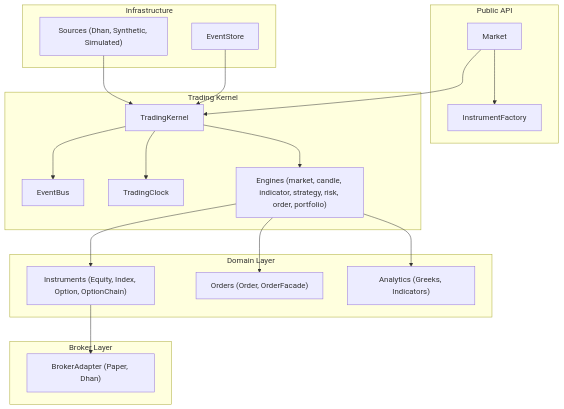
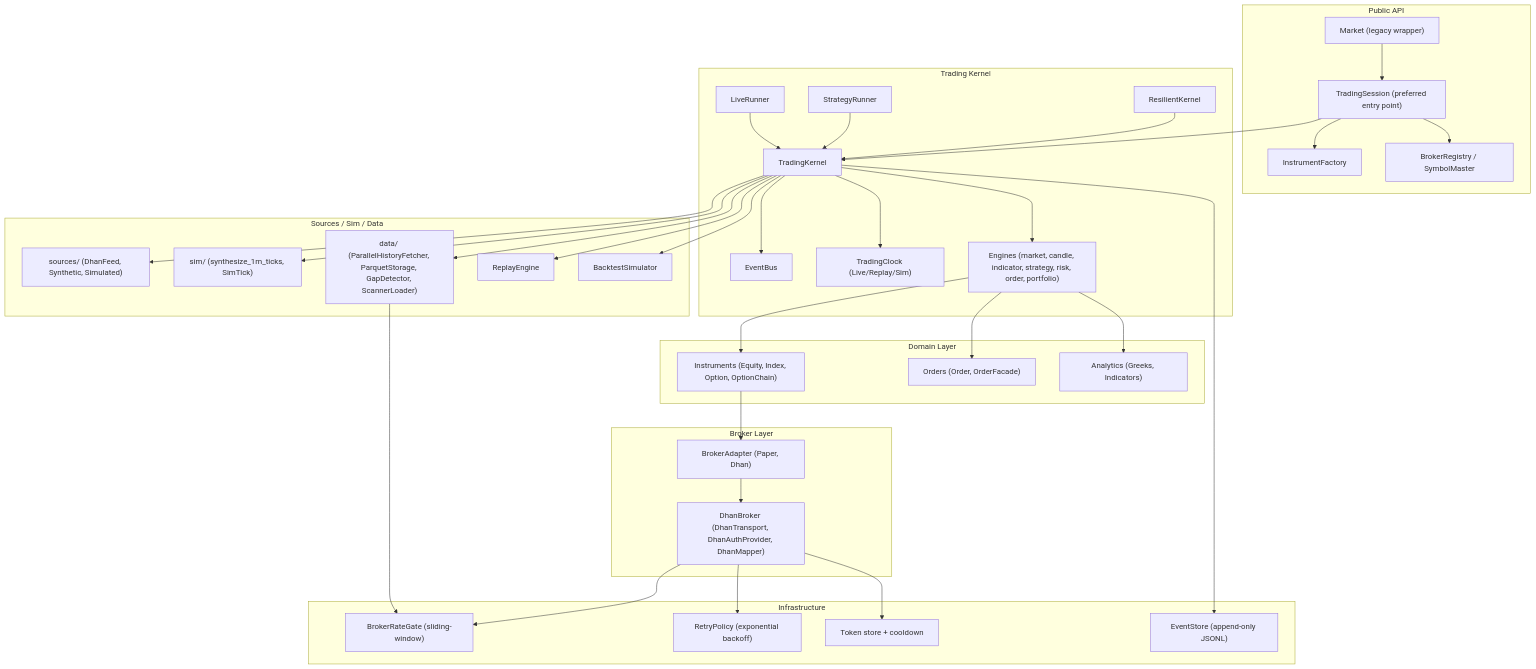
The first of 9 diagrams in .qoder/repowiki/en/content/Project Overview.md (Ganesh-Kusundal/nTrade), drawn with Mermaid before and after one commit. The commit also changed other lines of this file and 2201 other files, not shown here.

Commit message:
Integrate completeness: live runner hardening, broker adapter layers, rate-limiting infrastructure, data pipeline (parquet OHLCV + ingestion scripts), contract testing framework, options analytics, and updated architecture/knowledge docs

````diff
--- a/.qoder/repowiki/en/content/Project Overview.md
+++ b/.qoder/repowiki/en/content/Project Overview.md
@@ -52,36 +53,65 @@
 ```mermaid
 graph TB
 subgraph "Public API"
-Facade["Market"]
+Session["TradingSession (preferred entry point)"]
+Facade["Market (legacy wrapper)"]
 Factory["InstrumentFactory"]
+Registry["BrokerRegistry / SymbolMaster"]
 end
 subgraph "Trading Kernel"
 Kernel["TradingKernel"]
+RKernel["ResilientKernel"]
+Runner["StrategyRunner"]
+LiveRun["LiveRunner"]
 Bus["EventBus"]
-Clock["TradingClock"]
+Clock["TradingClock (Live/Replay/Sim)"]
 Engines["Engines (market, candle, indicator, strategy, risk, order, portfolio)"]
+end
+subgraph "Sources / Sim / Data"
+Sources["sources/ (DhanFeed, Synthetic, Simulated)"]
+Sim["sim/ (synthesize_1m_ticks, SimTick)"]
+Data["data/ (ParallelHistoryFetcher, ParquetStorage, GapDetector, ScannerLoader)"]
+Replay["ReplayEngine"]
+Backtest["BacktestSimulator"]
 end
 subgraph "Domain Layer"
 Instruments["Instruments (Equity, Index, Option, OptionChain)"]
 Orders["Orders (Order, OrderFacade)"]
 Analytics["Analytics (Greeks, Indicators)"]
 end
 subgraph "Broker Layer"
 Adapter["BrokerAdapter (Paper, Dhan)"]
+DHAN["DhanBroker (DhanTransport, DhanAuthProvider, DhanMapper)"]
 end
 subgraph "Infrastructure"
-Sources["Sources (Dhan, Synthetic, Simulated)"]
-Storage["EventStore"]
+RateGate["BrokerRateGate (sliding-window)"]
+Retry["RetryPolicy (exponential backoff)"]
+Tokens["Token store + cooldown"]
+Storage["EventStore (append-only JSONL)"]
 end
-Facade --> Factory
-Facade --> Kernel
+Session --> Kernel
+Session --> Factory
+Session --> Registry
+Facade --> Session
 Kernel --> Bus
 Kernel --> Clock
 Kernel --> Engines
+Kernel --> Storage
+Kernel --> Sources
+Kernel --> Sim
+Kernel --> Data
+Kernel --> Replay
+Kernel --> Backtest
+RKernel --> Kernel
+Runner --> Kernel
+LiveRun --> Kernel
 Engines --> Instruments
 Engines --> Orders
 Engines --> Analytics
 Instruments --> Adapter
-Sources --> Kernel
-Storage --> Kernel
+Adapter --> DHAN
+DHAN --> RateGate
+DHAN --> Tokens
+DHAN --> Retry
+Data --> RateGate
 ```
````
